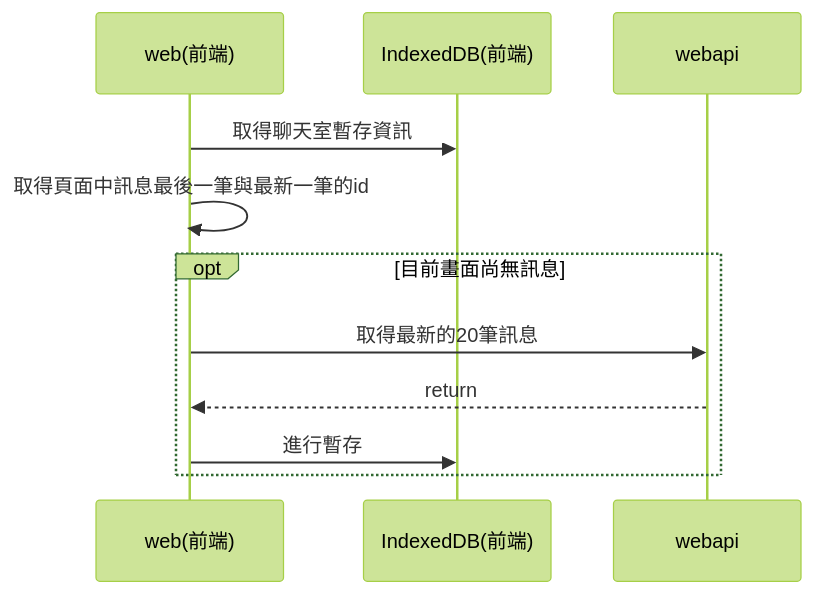
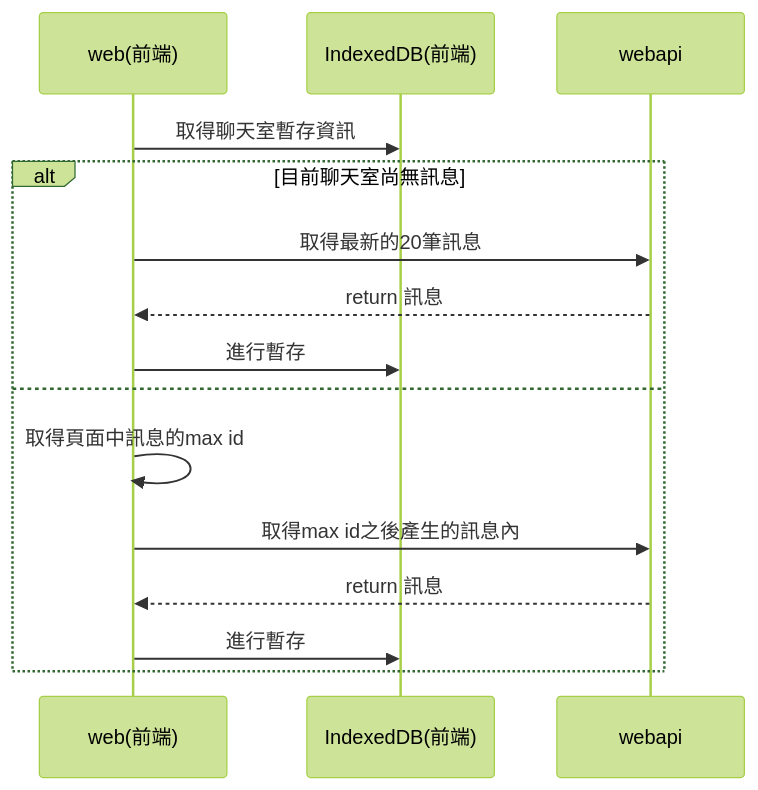
One commit to nick062333/ChatroomSample changed the second of 3 diagrams in doc/chatroom_flow.md. Above: the diagram before and after it, drawn with Mermaid (forest theme). The commit also changed other lines of this file and 15 other files, not shown here.

````diff
--- a/doc/chatroom_flow.md
+++ b/doc/chatroom_flow.md
@@ -38,18 +38,22 @@
 ```mermaid
 sequenceDiagram
 
 participant web as web(前端)
 
 participant indexDB as IndexedDB(前端)
 
 web ->> indexDB:取得聊天室暫存資訊
 
-web ->> web:取得頁面中訊息最後一筆與最新一筆的id
 
-opt 目前畫面尚無訊息
+alt 目前聊天室尚無訊息
     web ->> webapi:取得最新的20筆訊息
-    webapi -->> web:return
+    webapi -->> web:return 訊息
+    web ->> indexDB:進行暫存
+else
+    web ->> web:取得頁面中訊息的max id
+    web ->> webapi:取得max id之後產生的訊息內
+    webapi -->> web:return 訊息
     web ->> indexDB:進行暫存
 end
 
 ```
````
